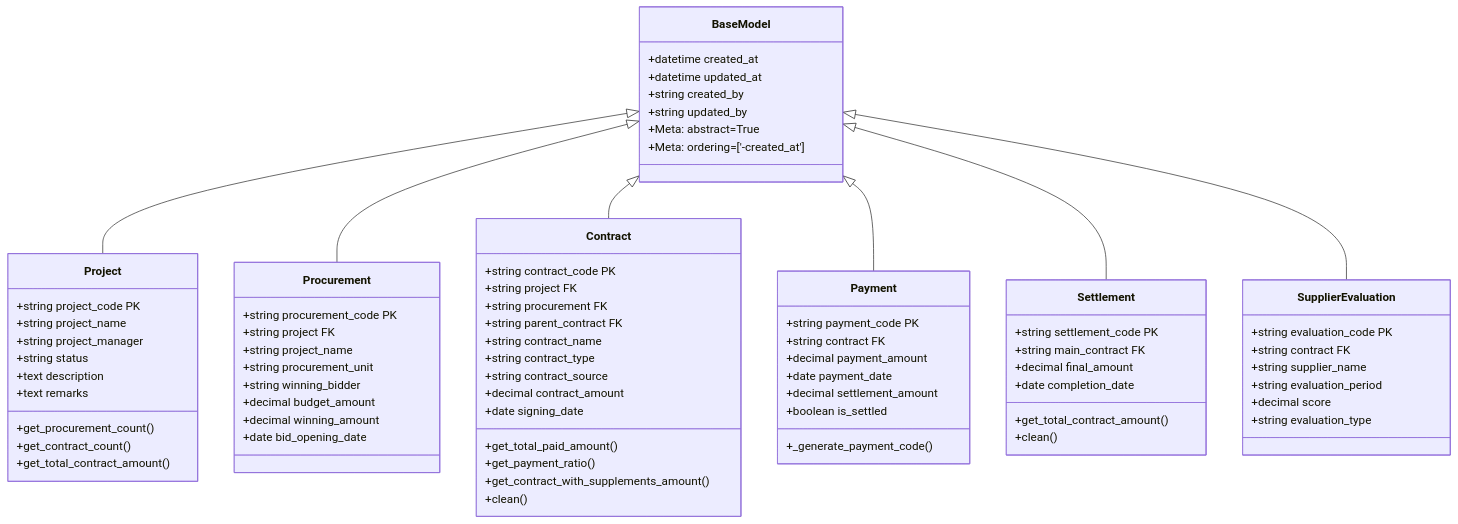
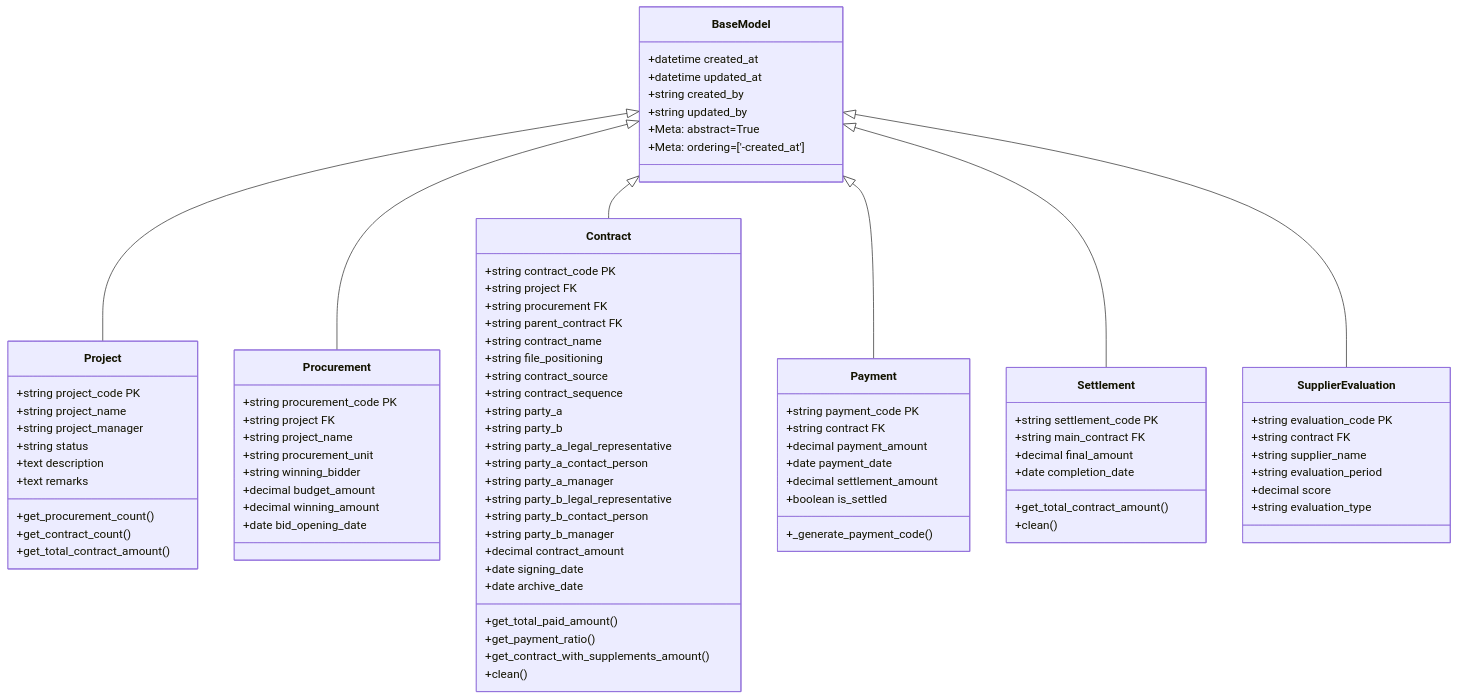
One commit to huangfeng15/taizhang changed the second of 3 diagrams in docs/数据模型使用手册.md. Above: the diagram before and after it, drawn with Mermaid. The commit also changed other lines of this file and 46 other files, not shown here.

```diff
--- a/docs/数据模型使用手册.md
+++ b/docs/数据模型使用手册.md
@@ -176,10 +181,20 @@
         +string procurement FK
         +string parent_contract FK
         +string contract_name
-        +string contract_type
+        +string file_positioning
         +string contract_source
+        +string contract_sequence
+        +string party_a
+        +string party_b
+        +string party_a_legal_representative
+        +string party_a_contact_person
+        +string party_a_manager
+        +string party_b_legal_representative
+        +string party_b_contact_person
+        +string party_b_manager
         +decimal contract_amount
         +date signing_date
+        +date archive_date
         +get_total_paid_amount()
         +get_payment_ratio()
         +get_contract_with_supplements_amount()
```
